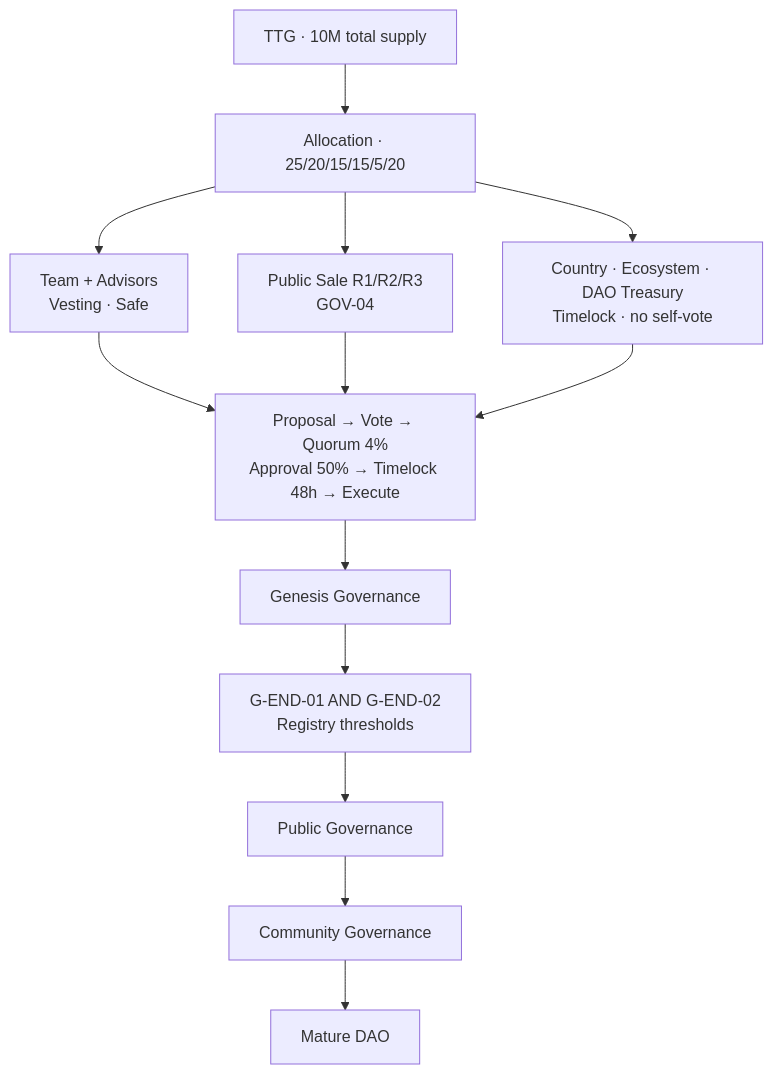
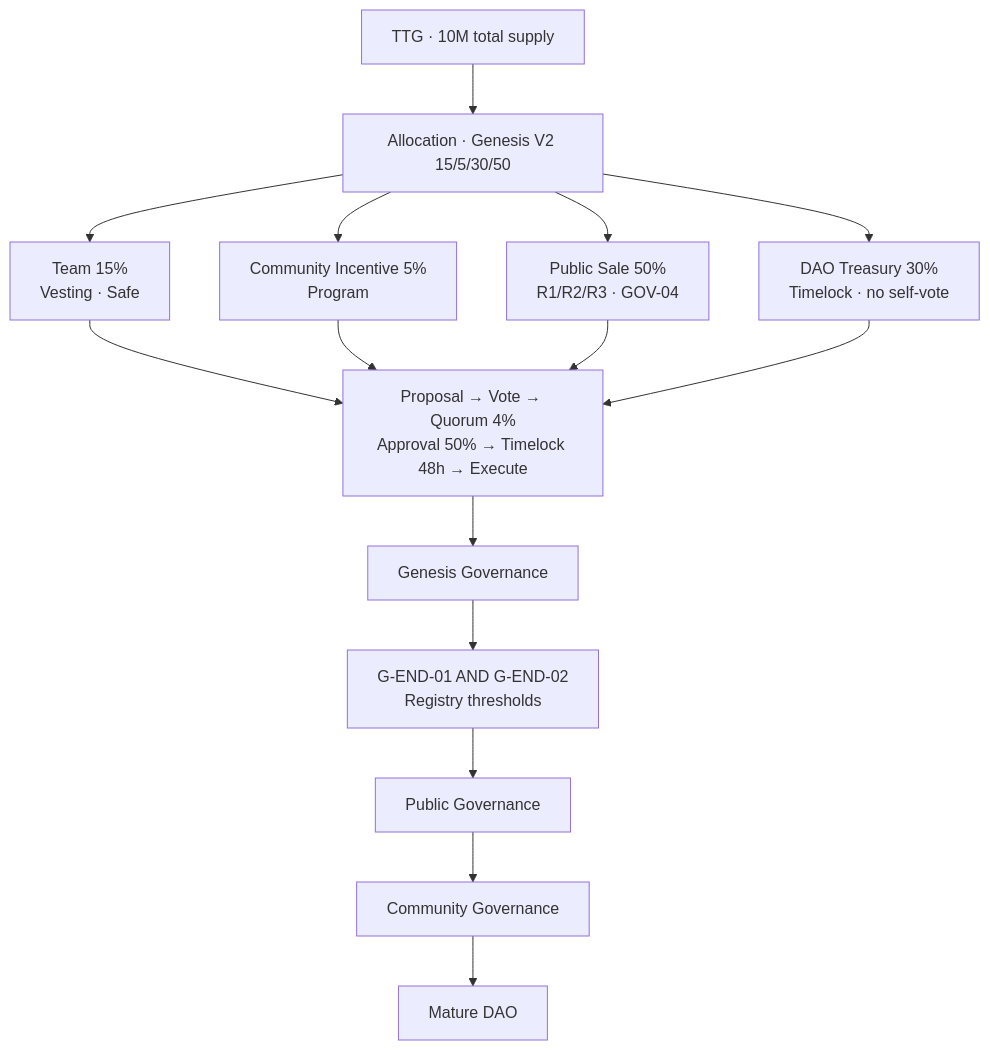
The diagram in docs/spec/governance-token/TTG-GOVERNANCE-LIFECYCLE.md (wejfiowej124234/TT-video), drawn with Mermaid before and after one commit. The commit also changed other lines of this file and 42 other files, not shown here.

````diff
--- a/docs/spec/governance-token/TTG-GOVERNANCE-LIFECYCLE.md
+++ b/docs/spec/governance-token/TTG-GOVERNANCE-LIFECYCLE.md
@@ -78,27 +81,30 @@
 ```mermaid
 flowchart TB
   TTG["TTG · 10M total supply"]
-  ALLOC["Allocation · 25/20/15/15/5/20"]
-  TEAM["Team + Advisors<br/>Vesting · Safe"]
-  PUB["Public Sale R1/R2/R3<br/>GOV-04"]
-  TREAS["Country · Ecosystem · DAO Treasury<br/>Timelock · no self-vote"]
+  ALLOC["Allocation · Genesis V2 15/5/30/50"]
+  TEAM["Team 15%<br/>Vesting · Safe"]
+  CIP["Community Incentive 5%<br/>Program"]
+  PUB["Public Sale 50%<br/>R1/R2/R3 · GOV-04"]
+  TREAS["DAO Treasury 30%<br/>Timelock · no self-vote"]
   PROC["Proposal → Vote → Quorum 4%<br/>Approval 50% → Timelock 48h → Execute"]
   GEN["Genesis Governance"]
   GATE["G-END-01 AND G-END-02<br/>Registry thresholds"]
   PGP["Public Governance"]
   COM["Community Governance"]
   DAO["Mature DAO"]
 
   TTG --> ALLOC
   ALLOC --> TEAM
+  ALLOC --> CIP
   ALLOC --> PUB
   ALLOC --> TREAS
   TEAM --> PROC
+  CIP --> PROC
   PUB --> PROC
   TREAS --> PROC
   PROC --> GEN
   GEN --> GATE
   GATE --> PGP
   PGP --> COM
   COM --> DAO
 ```
````
